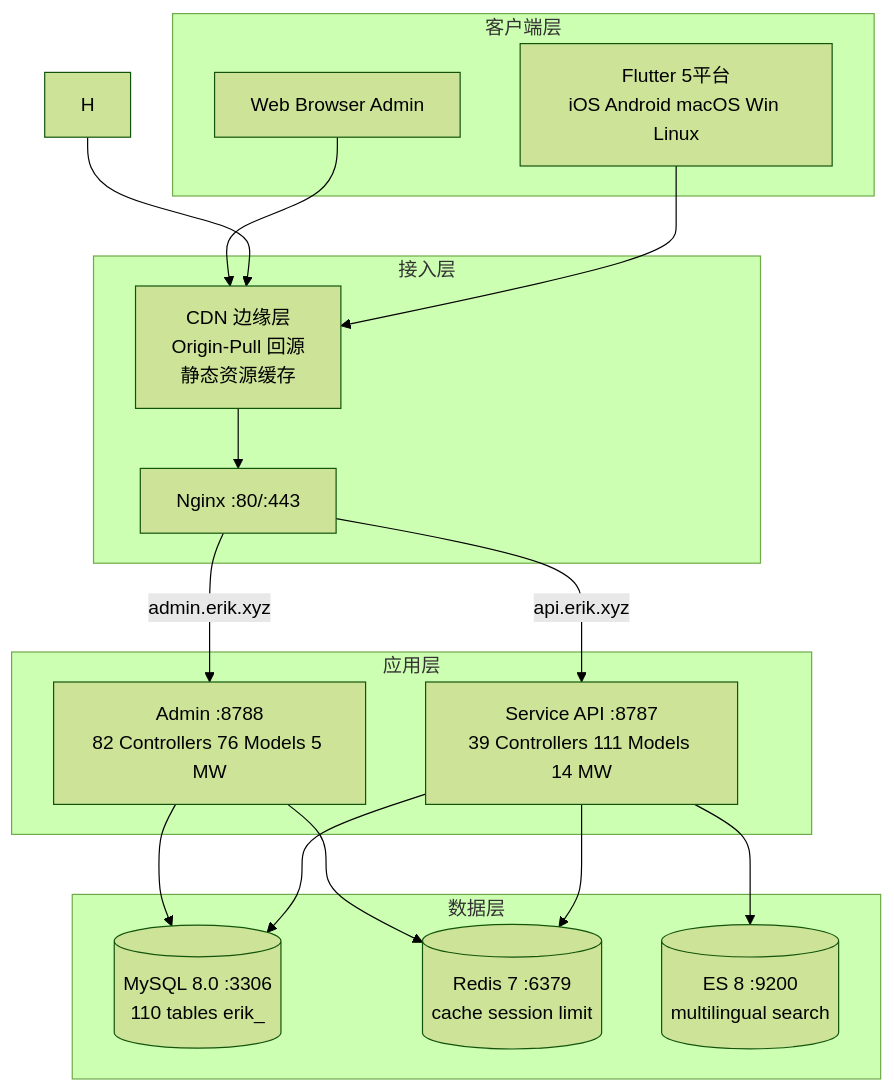
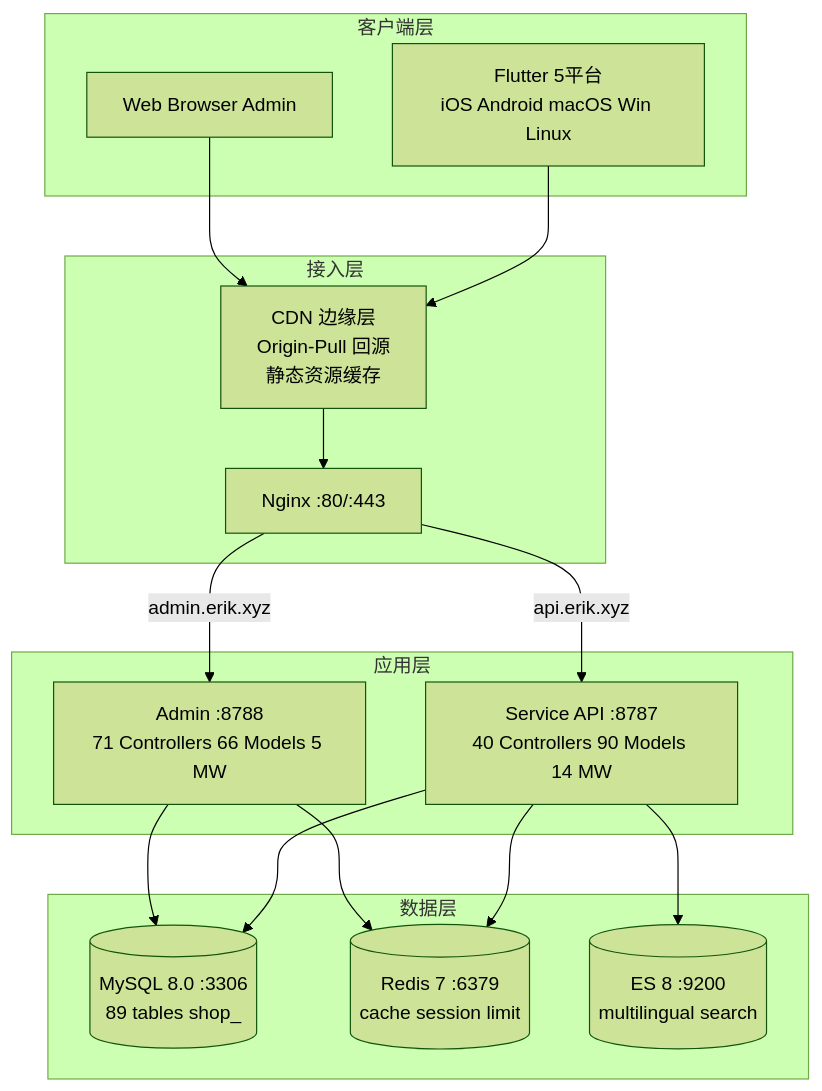
One commit to erikwang2013/erik-shop changed the first of 6 diagrams in docs/architecture-full.md. Above: the diagram before and after it, drawn with Mermaid (forest theme). The commit also changed other lines of this file and 383 other files, not shown here.

Commit message:
文档：仅保留中英文 README，清理已移除功能与过时图片

````diff
--- a/docs/architecture-full.md
+++ b/docs/architecture-full.md
@@ -37,29 +37,29 @@
 ```mermaid
 graph TD
     subgraph Clients[客户端层]
         F[Flutter 5平台<br/>iOS Android macOS Win Linux]
         W[Web Browser Admin]
     end
     subgraph Gateway[接入层]
         C[CDN 边缘层<br/>Origin-Pull 回源<br/>静态资源缓存]
         N[Nginx :80/:443]
     end
     subgraph Apps[应用层]
-        S[Service API :8787<br/>39 Controllers 111 Models 14 MW]
-        A[Admin :8788<br/>82 Controllers 76 Models 5 MW]
+        S[Service API :8787<br/>40 Controllers 90 Models 14 MW]
+        A[Admin :8788<br/>71 Controllers 66 Models 5 MW]
     end
     subgraph Data[数据层]
-        M[(MySQL 8.0 :3306<br/>110 tables erik_)]
+        M[(MySQL 8.0 :3306<br/>89 tables shop_)]
         R[(Redis 7 :6379<br/>cache session limit)]
         E[(ES 8 :9200<br/>multilingual search)]
     end
-    F & H & W --> C
+    F & W --> C
     C --> N
     N -->|api.erik.xyz| S
     N -->|admin.erik.xyz| A
     S --> M
     S --> R
     S --> E
     A --> M
     A --> R
 ```
````
